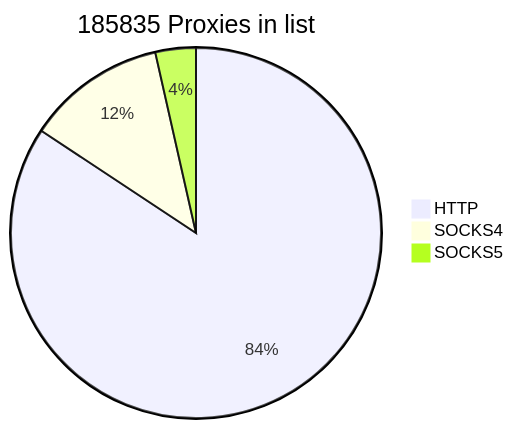
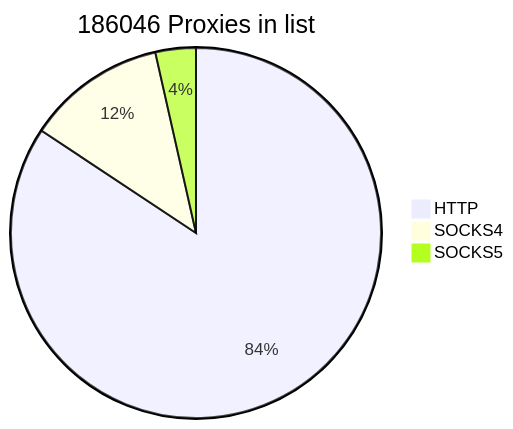
The first of 2 diagrams in README.md (cutipu/proxylist), drawn with Mermaid before and after one commit. The commit also changed other lines of this file, not shown here.

````diff
--- a/README.md
+++ b/README.md
@@ -2,7 +2,7 @@
 ```mermaid
-pie title 185835 Proxies in list
-    "HTTP" : 156654
-    "SOCKS4" : 22615
-    "SOCKS5" : 6566
+pie title 186046 Proxies in list
+    "HTTP" : 156865
+    "SOCKS4" : 22614
+    "SOCKS5" : 6567
             
 ```
````
